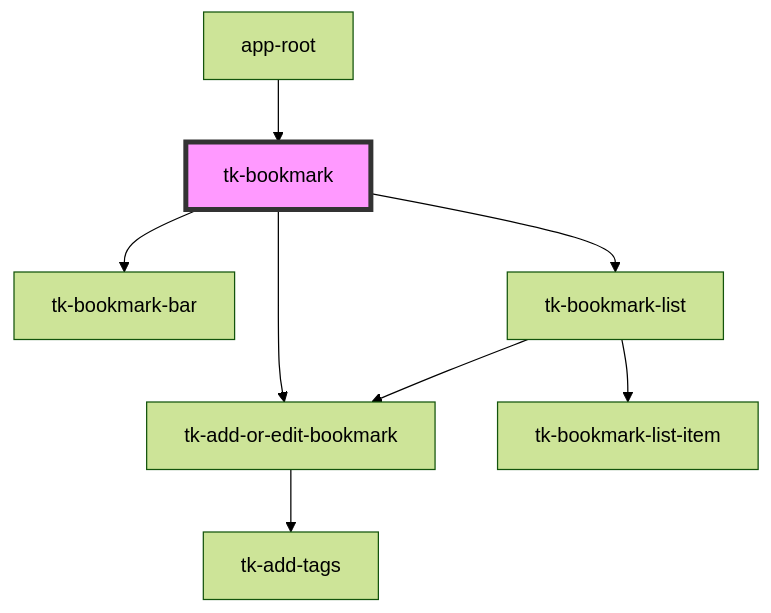
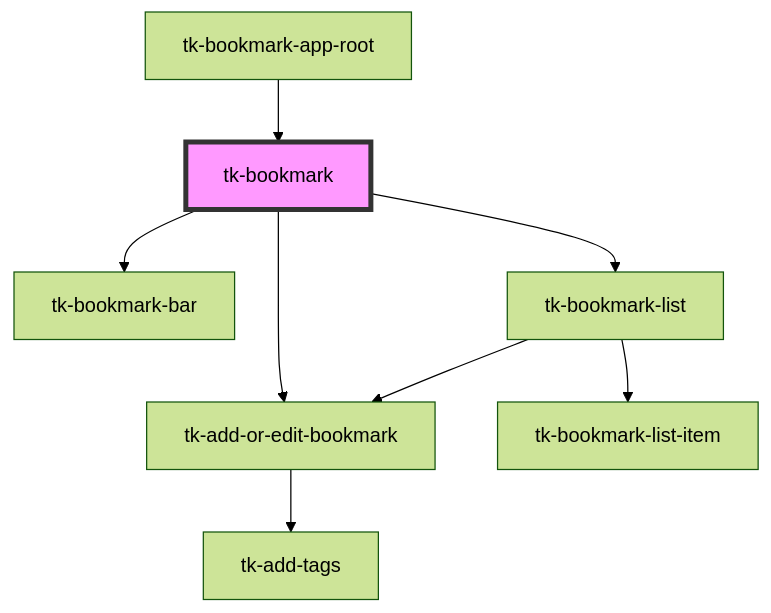
One commit to tomokat/tk-bookmark-app changed the diagram in tk-bookmark/src/components/bookmark/tk-bookmark/readme.md. Above: the diagram before and after it, drawn with Mermaid (forest theme). The commit also changed other lines of this file and 7 other files, not shown here.

Commit message:
renamed app-root to more specific

````diff
--- a/tk-bookmark/src/components/bookmark/tk-bookmark/readme.md
+++ b/tk-bookmark/src/components/bookmark/tk-bookmark/readme.md
@@ -21,11 +21,11 @@
 ```mermaid
 graph TD;
   tk-bookmark --> tk-bookmark-bar
   tk-bookmark --> tk-bookmark-list
   tk-bookmark --> tk-add-or-edit-bookmark
   tk-bookmark-list --> tk-add-or-edit-bookmark
   tk-bookmark-list --> tk-bookmark-list-item
   tk-add-or-edit-bookmark --> tk-add-tags
-  app-root --> tk-bookmark
+  tk-bookmark-app-root --> tk-bookmark
   style tk-bookmark fill:#f9f,stroke:#333,stroke-width:4px
 ```
````
